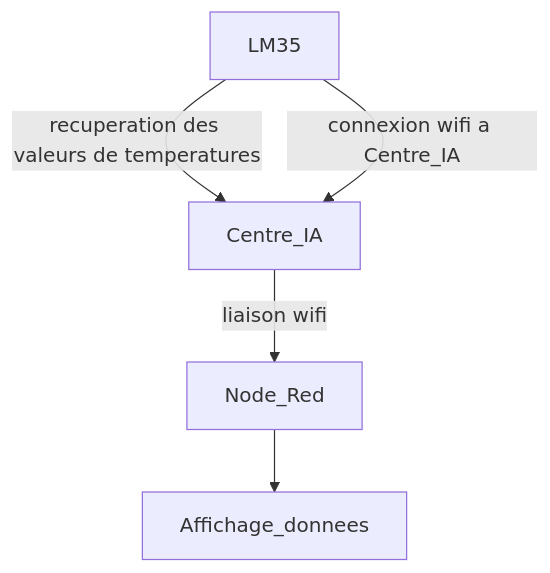
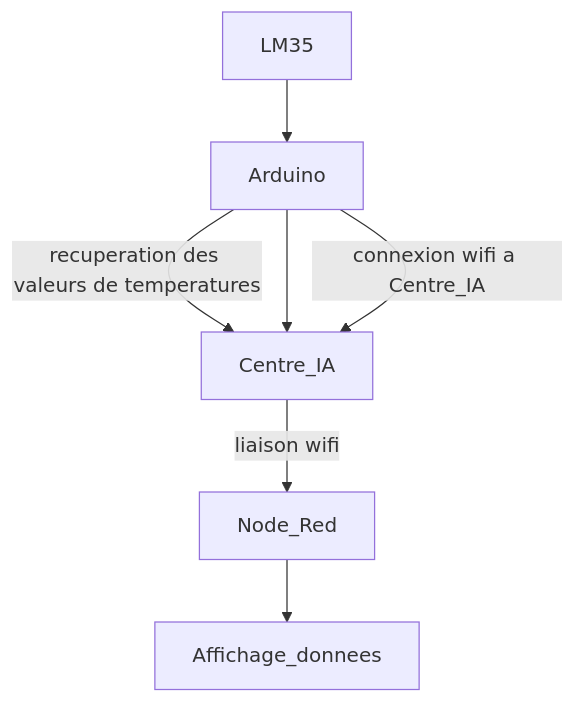
The diagram in README.md (hugobuges-design/projet-syst-me-surveillance-T), drawn with Mermaid before and after one commit. The commit also changed other lines of this file and 1 other file, not shown here.

````diff
--- a/README.md
+++ b/README.md
@@ -40,9 +40,10 @@
 ```mermaid
 
 flowchart TD
-LM35 --> |recuperation des valeurs de temperatures| Centre_IA
-LM35 --> |connexion wifi a Centre_IA| Centre_IA
+Arduino --> |recuperation des valeurs de temperatures| Centre_IA
+LM35 --> Arduino --> Centre_IA
+Arduino --> |connexion wifi a Centre_IA| Centre_IA
 Centre_IA --> |liaison wifi| Node_Red
 Node_Red --> Affichage_donnees
 
 ```
````
